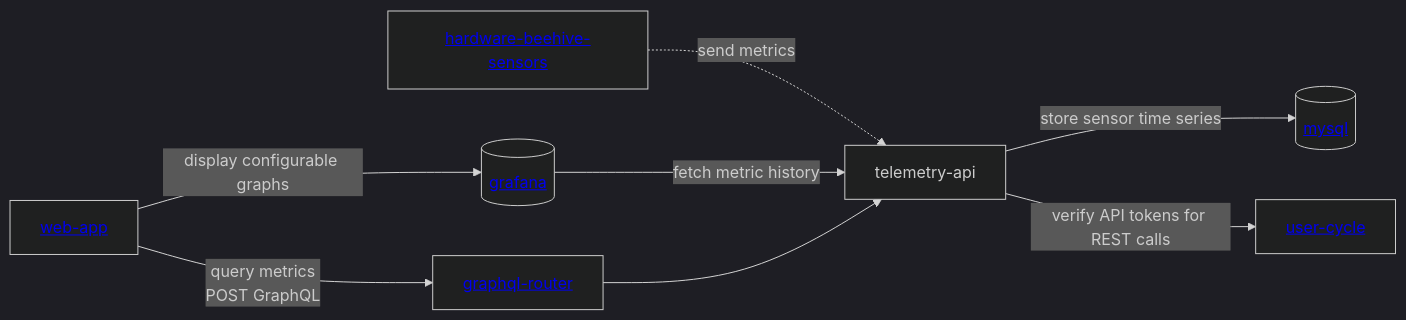
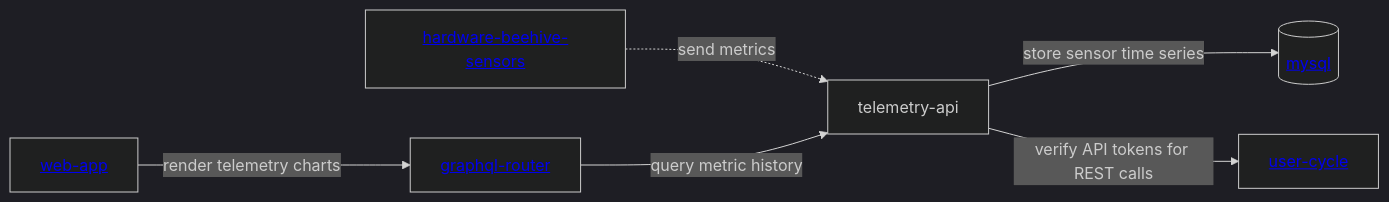
One commit to Gratheon/website2 changed the third of 3 diagrams in content/docs/beehive-sensors/beehive-sensors.md. Above: the diagram before and after it, drawn with Mermaid (dark theme). The commit also changed 21 other files, not shown here.

````diff
--- a/content/docs/beehive-sensors/beehive-sensors.md
+++ b/content/docs/beehive-sensors/beehive-sensors.md
@@ -195,12 +195,10 @@
 ```mermaid
 flowchart LR
     beehive-sensors[<a href="https://github.com/Gratheon/hardware-beehive-sensors">hardware-beehive-sensors</a>] -."send metrics".-> telemetry-api
 
     telemetry-api --"store sensor time series" --> mysql[(<a href="https://github.com/Gratheon/mysql">mysql</a>)]
 
-    grafana[(<a href="https://github.com/Gratheon/grafana">grafana</a>)] --"fetch metric history"--> telemetry-api
-
     telemetry-api --"verify API tokens for REST calls"--> user-cycle[<a href="https://github.com/Gratheon/user-cycle">user-cycle</a>]
-    web-app[<a href="https://github.com/Gratheon/web-app">web-app</a>] --"display configurable graphs"--> grafana
-    web-app --"query metrics\nPOST GraphQL"--> graphql-router[<a href="https://github.com/Gratheon/graphql-router">graphql-router</a>]--> telemetry-api
+    web-app[<a href="https://github.com/Gratheon/web-app">web-app</a>] --"render telemetry charts"--> graphql-router[<a href="https://github.com/Gratheon/graphql-router">graphql-router</a>]
+    graphql-router --"query metric history"--> telemetry-api
 ```
````
